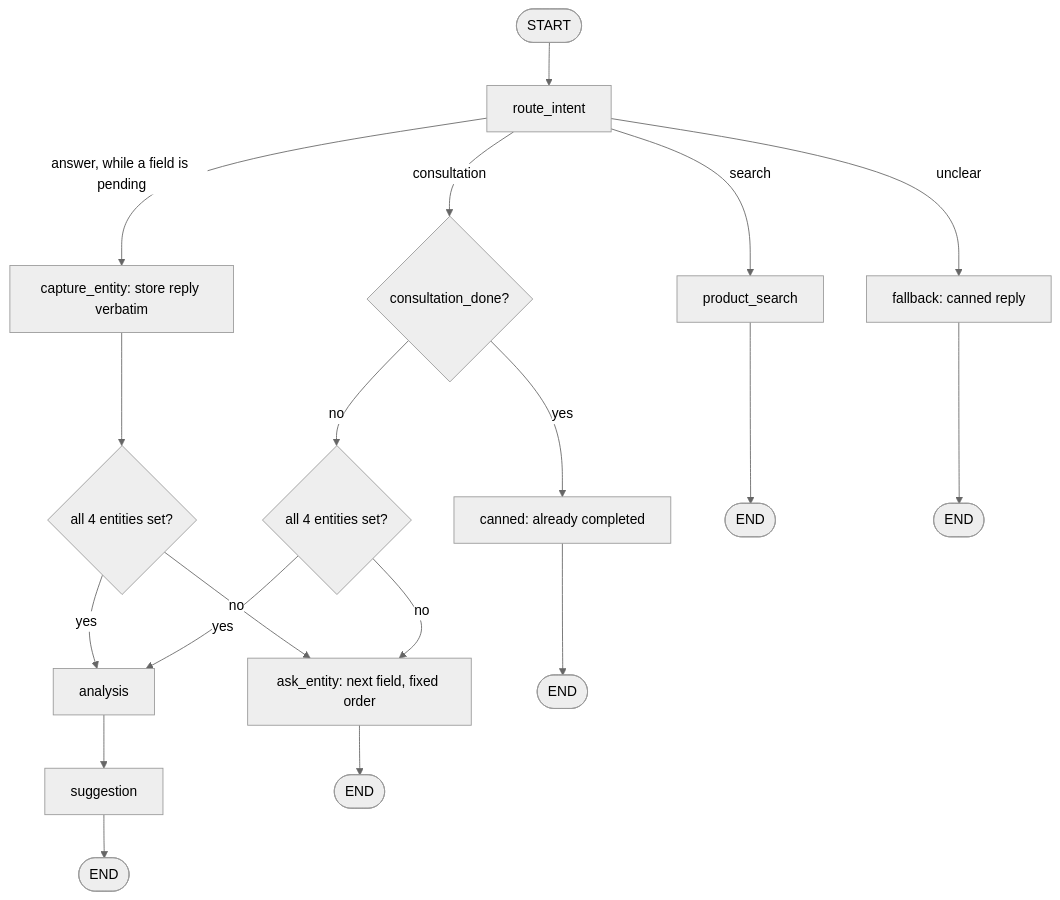
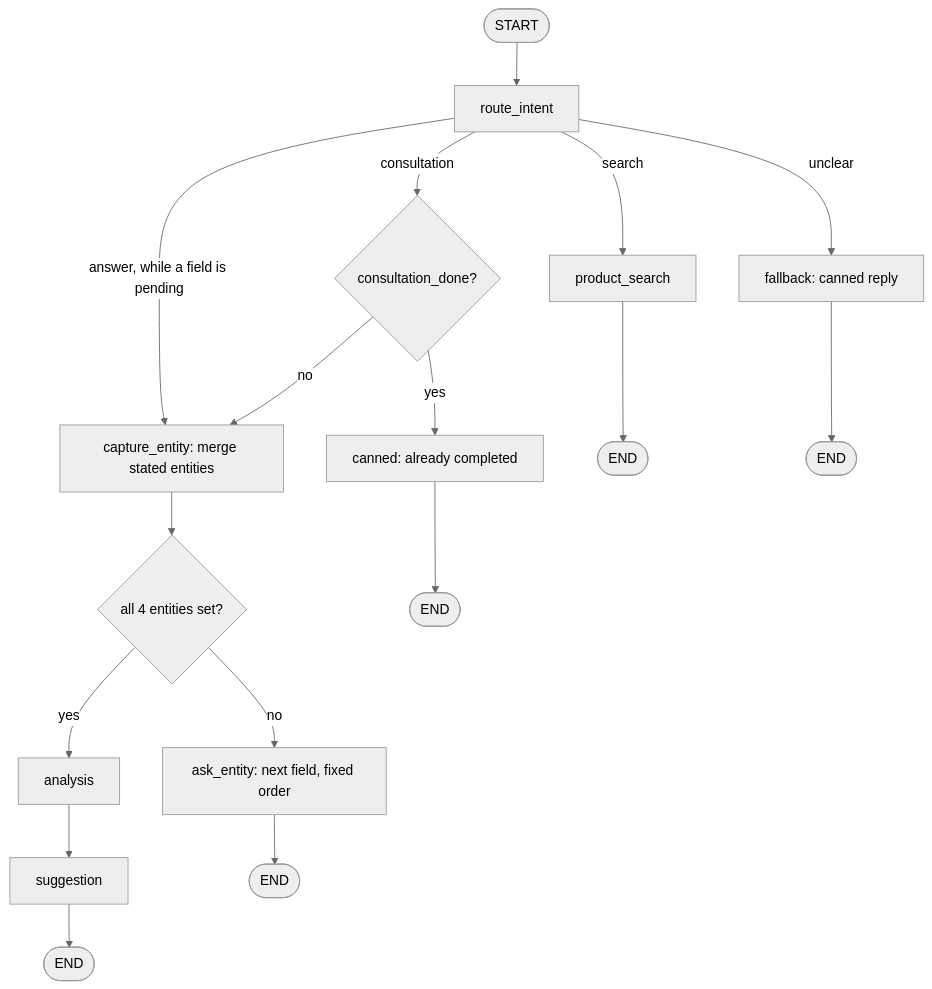
One commit to MKousheshi/parstech-interview-task changed the diagram in docs/ARCHITECTURE_SCRIPTED.md. Above: the diagram before and after it, drawn with Mermaid (neutral theme). The commit also changed other lines of this file and 12 other files, not shown here.

````diff
--- a/docs/ARCHITECTURE_SCRIPTED.md
+++ b/docs/ARCHITECTURE_SCRIPTED.md
@@ -84,21 +85,19 @@
 ```mermaid
 flowchart TD
     START([START]) --> route[route_intent]
-    route -->|answer, while a field is pending| capture[capture_entity: store reply verbatim]
+    route -->|answer, while a field is pending| capture[capture_entity: merge stated entities]
     capture --> gate1{all 4 entities set?}
     gate1 -->|no| ask[ask_entity: next field, fixed order]
     gate1 -->|yes| analysis[analysis]
     analysis --> suggestion[suggestion]
     route -->|search| psearch[product_search]
     route -->|unclear| fallback[fallback: canned reply]
     route -->|consultation| gate2{consultation_done?}
     gate2 -->|yes| idle_reply[canned: already completed]
-    gate2 -->|no| gate3{all 4 entities set?}
-    gate3 -->|no| ask
-    gate3 -->|yes| analysis
+    gate2 -->|no| capture
     ask --> ENDa([END])
     psearch --> ENDb([END])
     fallback --> ENDc([END])
     idle_reply --> ENDd([END])
     suggestion --> ENDe([END])
 ```
````
